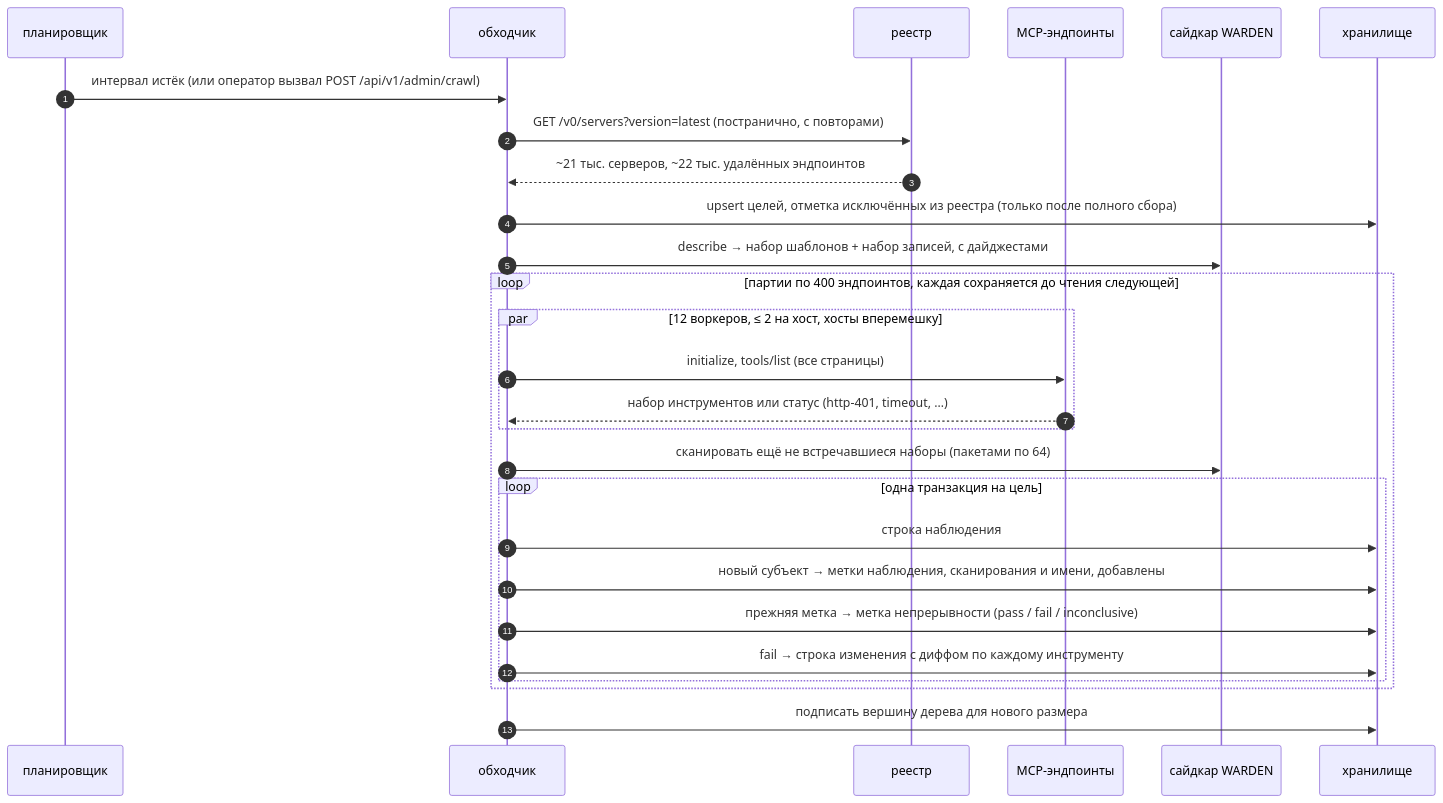
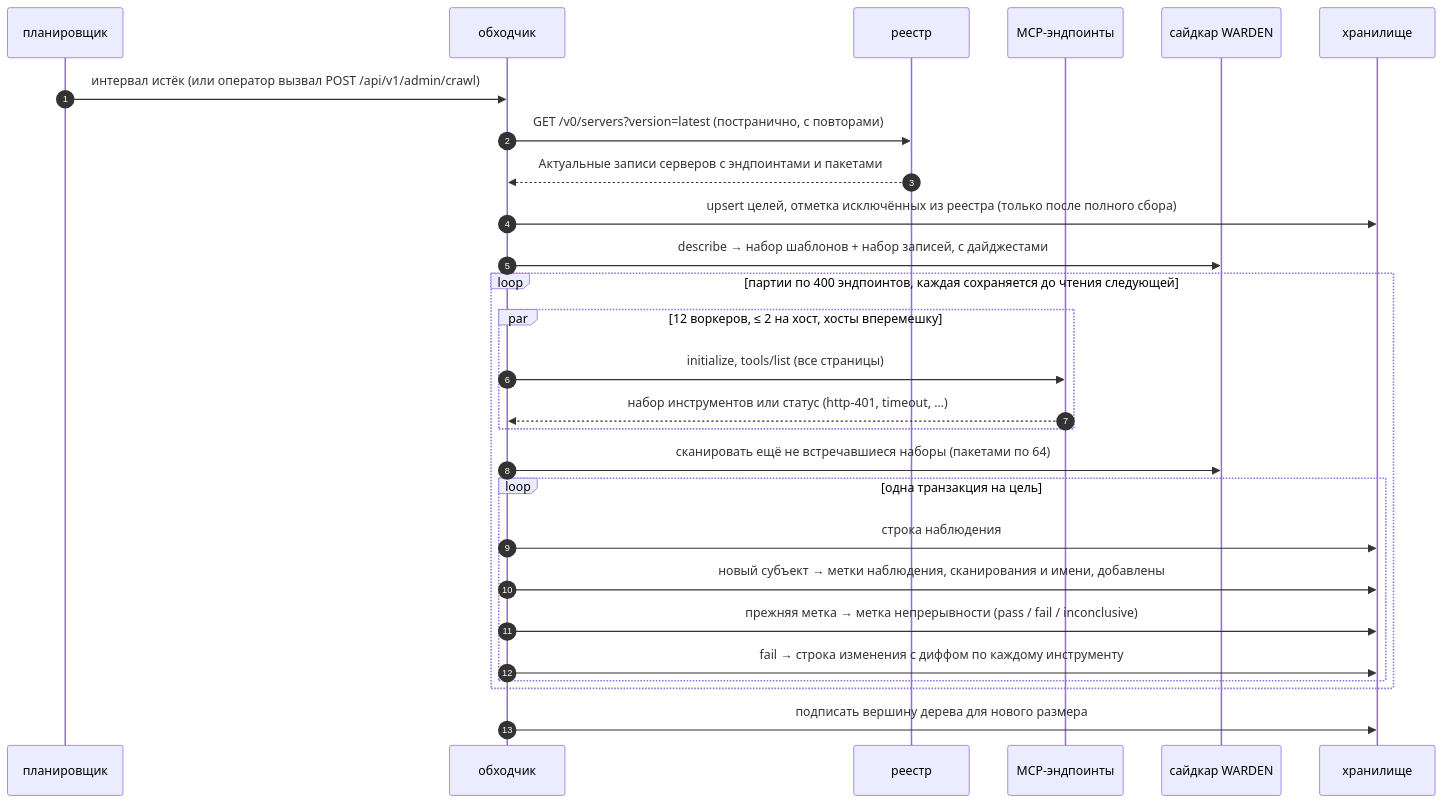
The second of 4 diagrams in docs/architecture.ru.md (alexar76/histor), drawn with Mermaid before and after one commit. The commit also changed other lines of this file and 42 other files, not shown here.

````diff
--- a/docs/architecture.ru.md
+++ b/docs/architecture.ru.md
@@ -59,29 +59,29 @@
 ```mermaid
 sequenceDiagram
     autonumber
     participant S as планировщик
     participant C as обходчик
     participant R as реестр
     participant M as MCP-эндпоинты
     participant W as сайдкар WARDEN
     participant DB as хранилище
     S->>C: интервал истёк (или оператор вызвал POST /api/v1/admin/crawl)
     C->>R: GET /v0/servers?version=latest (постранично, с повторами)
-    R-->>C: ~21 тыс. серверов, ~22 тыс. удалённых эндпоинтов
+    R-->>C: Актуальные записи серверов с эндпоинтами и пакетами
     C->>DB: upsert целей, отметка исключённых из реестра (только после полного сбора)
     C->>W: describe → набор шаблонов + набор записей, с дайджестами
     loop партии по 400 эндпоинтов, каждая сохраняется до чтения следующей
     par 12 воркеров, ≤ 2 на хост, хосты вперемешку
         C->>M: initialize, tools/list (все страницы)
         M-->>C: набор инструментов или статус (http-401, timeout, …)
     end
     C->>W: сканировать ещё не встречавшиеся наборы (пакетами по 64)
     loop одна транзакция на цель
         C->>DB: строка наблюдения
         C->>DB: новый субъект → метки наблюдения, сканирования и имени, добавлены
         C->>DB: прежняя метка → метка непрерывности (pass / fail / inconclusive)
         C->>DB: fail → строка изменения с диффом по каждому инструменту
     end
     end
     C->>DB: подписать вершину дерева для нового размера
 ```
````
